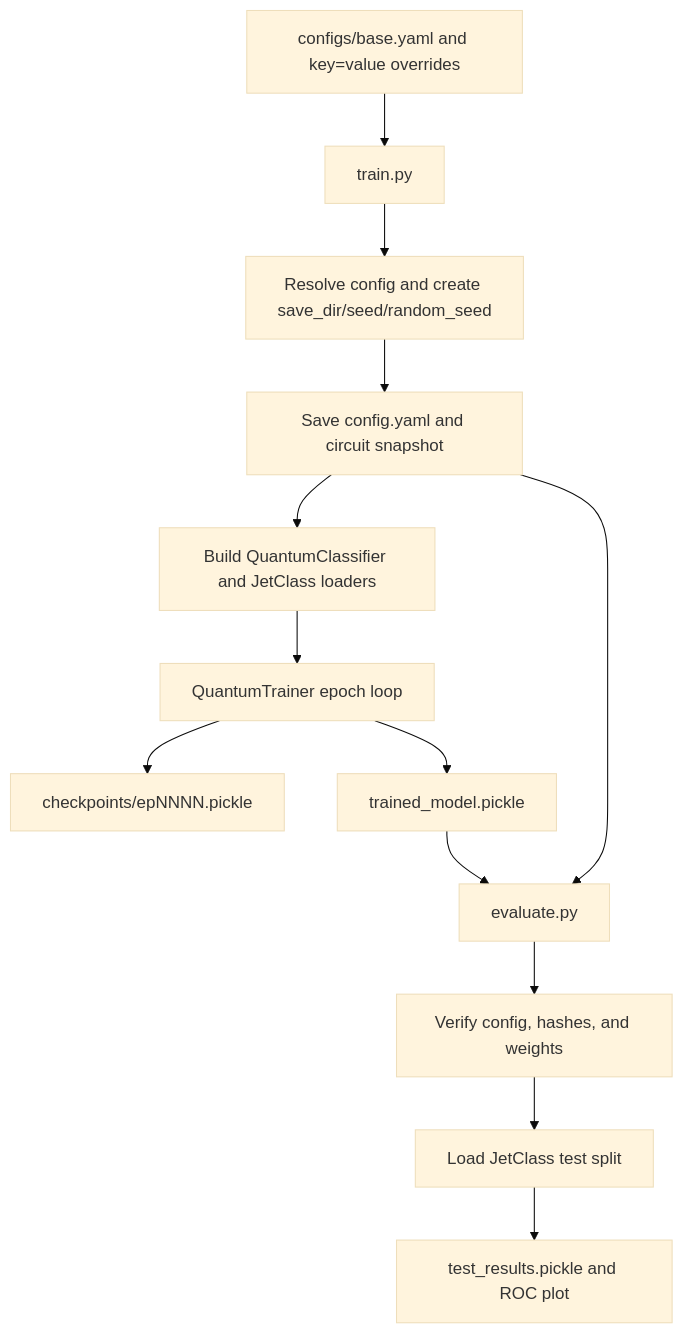
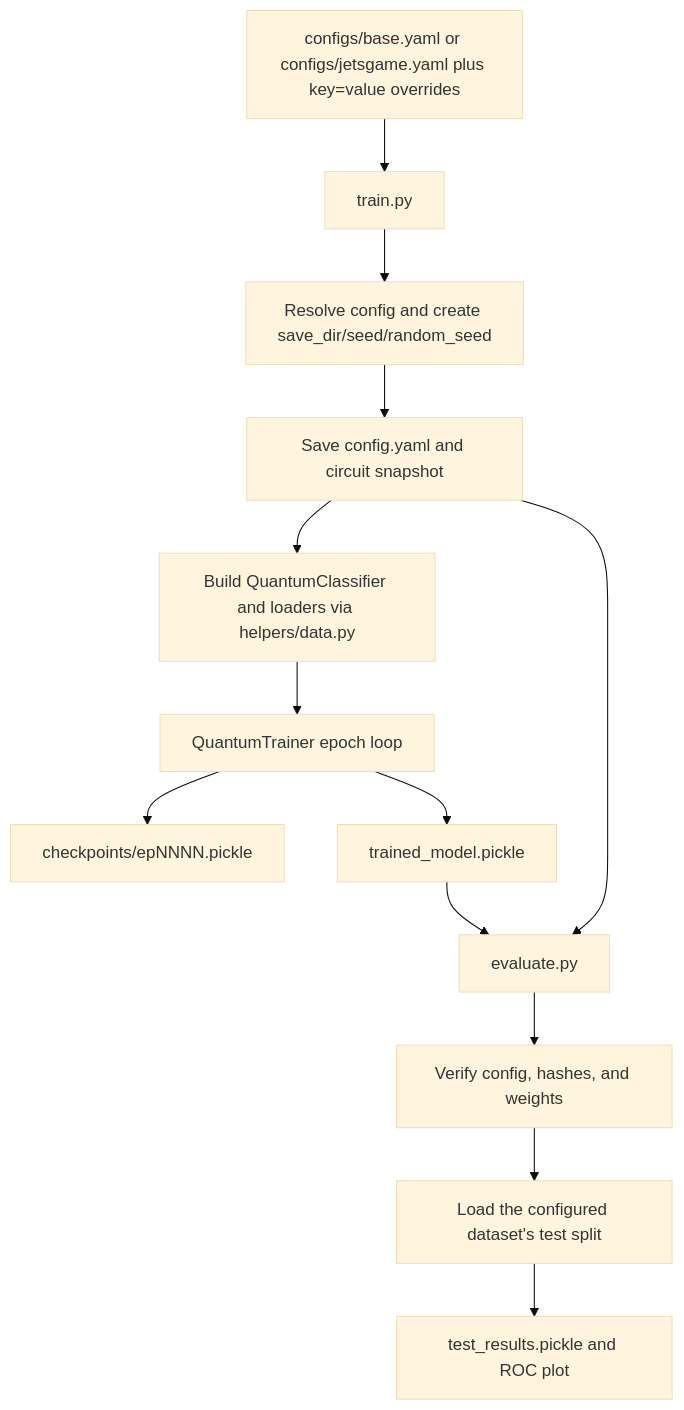
One commit to BxyzM/neo-1p1q changed the diagram in llm_summary.MD. Above: the diagram before and after it, drawn with Mermaid (base theme). The commit also changed other lines of this file and 13 other files, not shown here.

````diff
--- a/llm_summary.MD
+++ b/llm_summary.MD
@@ -94,15 +97,15 @@
 ```mermaid
 flowchart TD
-    A[configs/base.yaml and key=value overrides] --> B[train.py]
+    A[configs/base.yaml or configs/jetsgame.yaml plus key=value overrides] --> B[train.py]
     B --> C[Resolve config and create save_dir/seed/random_seed]
     C --> D[Save config.yaml and circuit snapshot]
-    D --> E[Build QuantumClassifier and JetClass loaders]
+    D --> E[Build QuantumClassifier and loaders via helpers/data.py]
     E --> F[QuantumTrainer epoch loop]
     F --> G[checkpoints/epNNNN.pickle]
     F --> H[trained_model.pickle]
     H --> I[evaluate.py]
     D --> I
     I --> J[Verify config, hashes, and weights]
-    J --> K[Load JetClass test split]
+    J --> K[Load the configured dataset's test split]
     K --> L[test_results.pickle and ROC plot]
 ```
````
